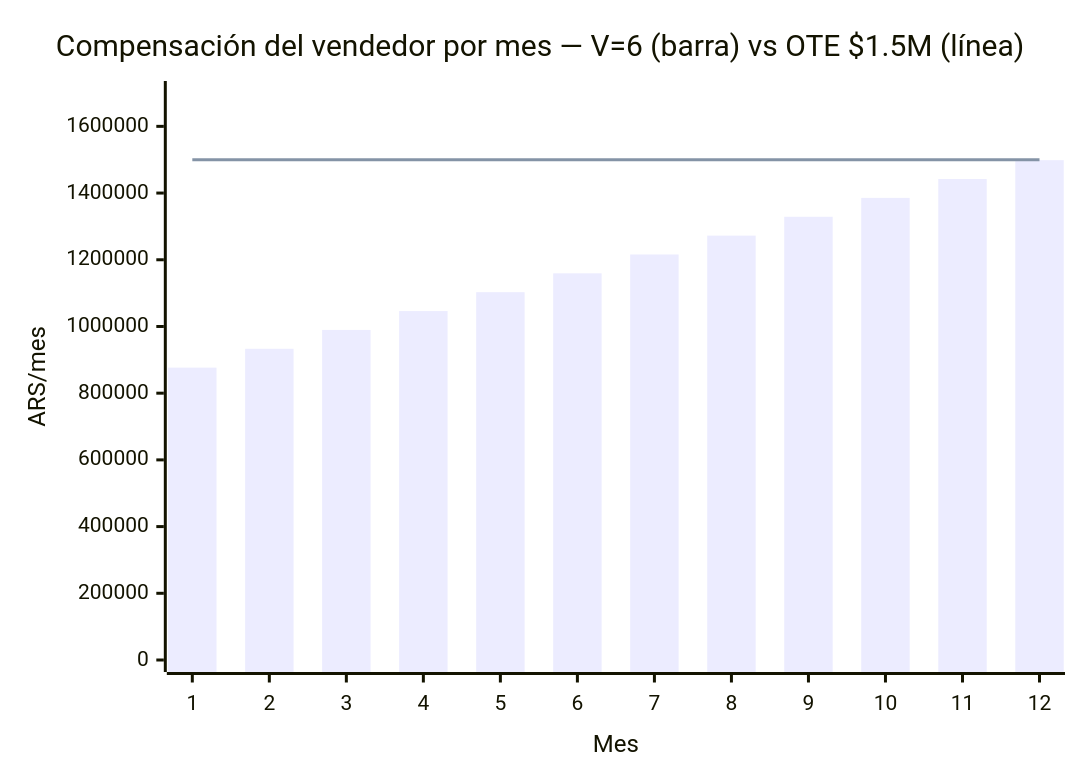
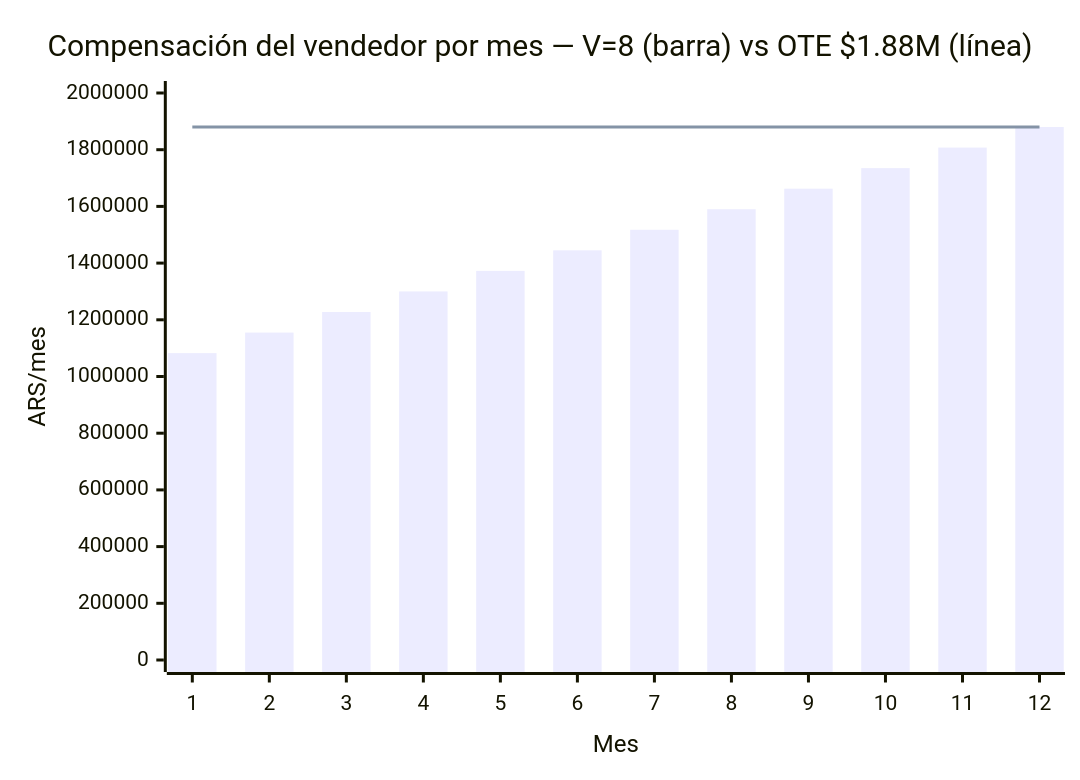
One commit to dantofema/comercial changed the second of 3 diagrams in vinotecas/lsp-vendedor.md. Above: the diagram before and after it, drawn with Mermaid. The commit also changed other lines of this file, not shown here.

First line of the commit message:
docs(vinotecas): lsp-vendedor con comision 50/25 y V=8

````diff
--- a/vinotecas/lsp-vendedor.md
+++ b/vinotecas/lsp-vendedor.md
@@ -128,8 +126,8 @@
 ```mermaid
 xychart-beta
-    title "Compensación del vendedor por mes — V=6 (barra) vs OTE $1.5M (línea)"
+    title "Compensación del vendedor por mes — V=8 (barra) vs OTE $1.88M (línea)"
     x-axis "Mes" [1,2,3,4,5,6,7,8,9,10,11,12]
-    y-axis "ARS/mes" 0 --> 1700000
-    bar [876550,933100,989650,1046200,1102750,1159300,1215850,1272400,1328950,1385500,1442050,1498600]
-    line [1500000,1500000,1500000,1500000,1500000,1500000,1500000,1500000,1500000,1500000,1500000,1500000]
+    y-axis "ARS/mes" 0 --> 2000000
+    bar [1082500,1155000,1227500,1300000,1372500,1445000,1517500,1590000,1662500,1735000,1807500,1880000]
+    line [1880000,1880000,1880000,1880000,1880000,1880000,1880000,1880000,1880000,1880000,1880000,1880000]
 ```
````
